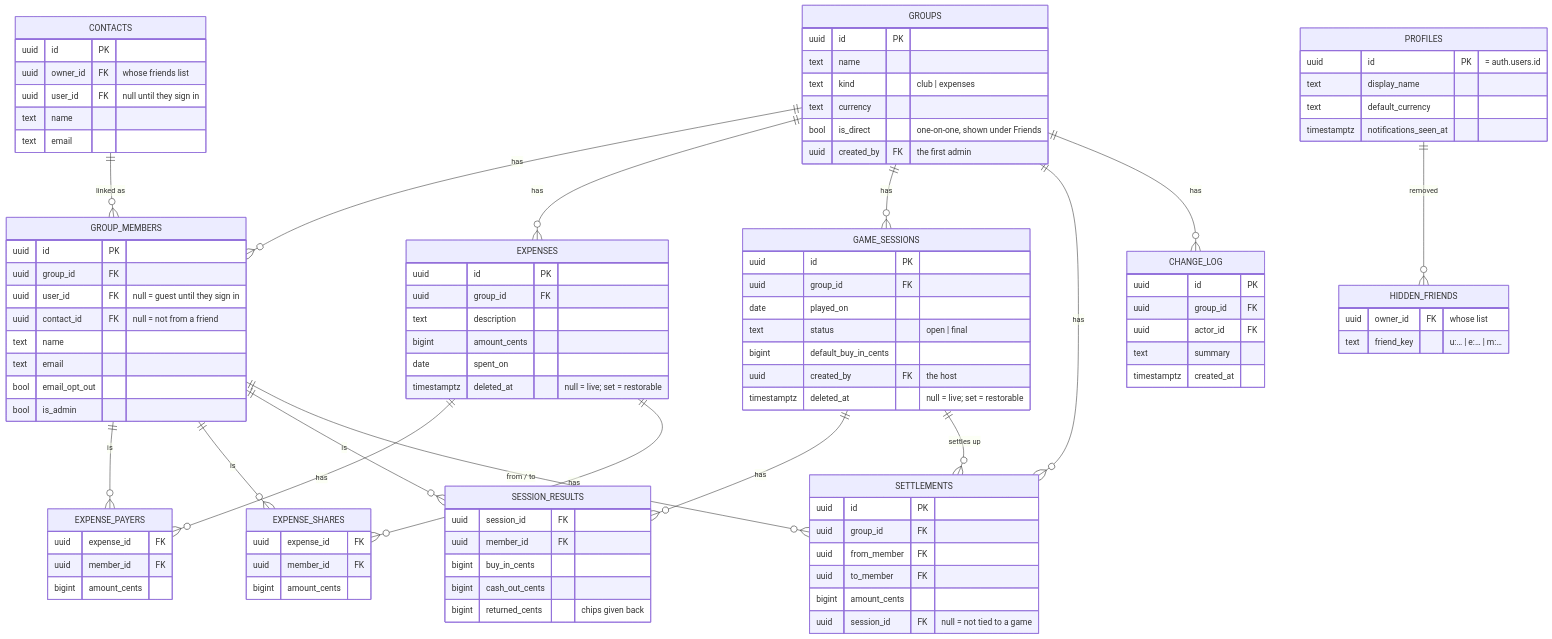
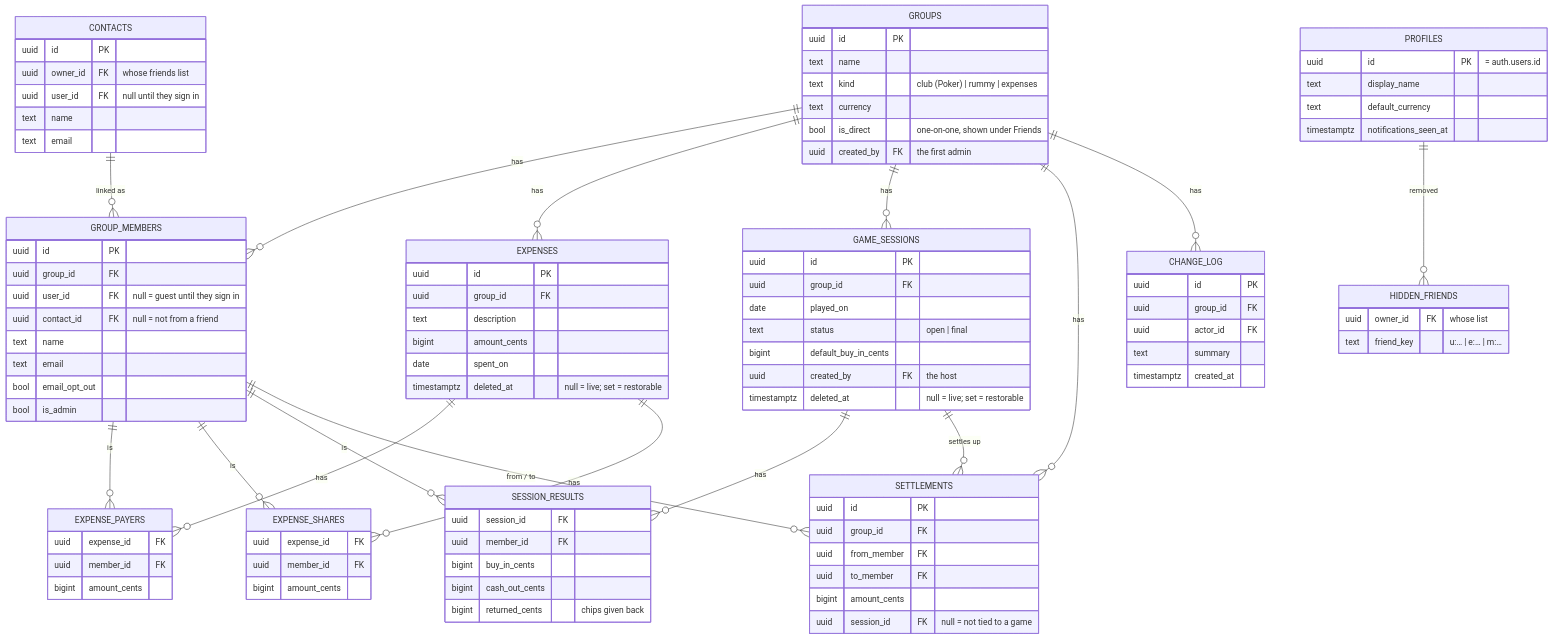
Before and after one commit to sukeshatla/chipsplit: the first of 2 diagrams in docs/DESIGN.md, drawn with Mermaid. The commit also changed other lines of this file and 26 other files, not shown here.

First line of the commit message:
Group types Poker, Rummy, Expense; rummy in its own groups; simpler group pages

```diff
--- a/docs/DESIGN.md
+++ b/docs/DESIGN.md
@@ -178,7 +195,7 @@
     GROUPS {
         uuid id PK
         text name
-        text kind "club | expenses"
+        text kind "club (Poker) | rummy | expenses"
         text currency
         bool is_direct "one-on-one, shown under Friends"
         uuid created_by FK "the first admin"
```
